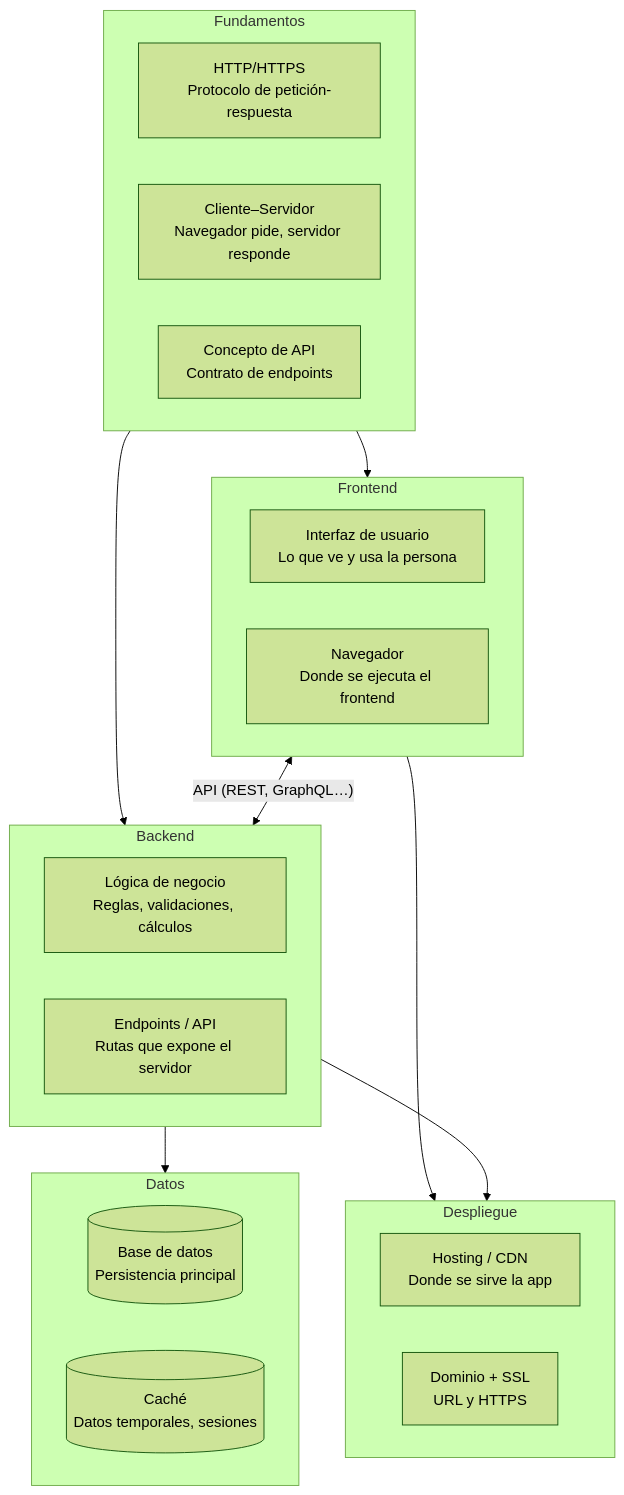
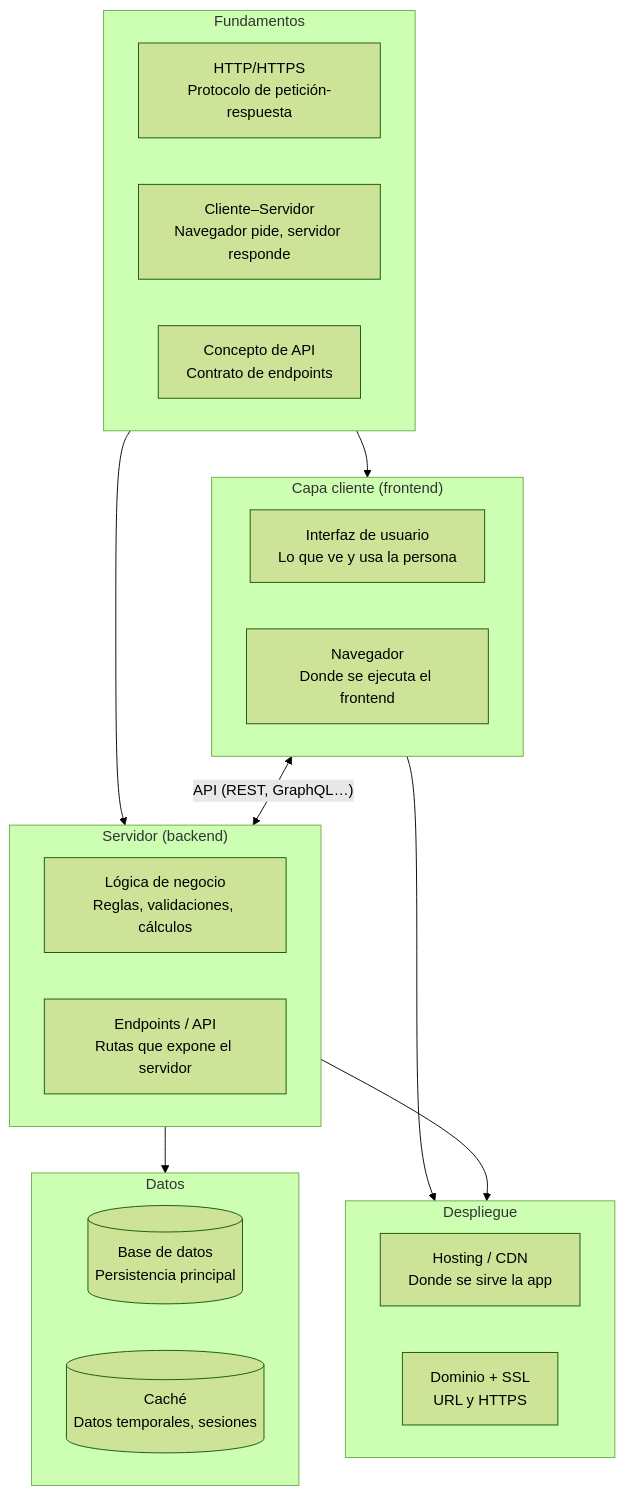
The first of 6 diagrams in docs/desarrollo-web/crear-aplicacion-web-diagramas.md (alexmenz28/Notas-Docusaurus), drawn with Mermaid (forest theme) before and after one commit. The commit also changed other lines of this file and 62 other files, not shown here.

````diff
--- a/docs/desarrollo-web/crear-aplicacion-web-diagramas.md
+++ b/docs/desarrollo-web/crear-aplicacion-web-diagramas.md
@@ -35,35 +35,35 @@
 ```mermaid
 flowchart TB
   subgraph FUNDAMENTOS[" Fundamentos "]
     HTTP["HTTP/HTTPS<br/>Protocolo de petición-respuesta"]
     ClienteServidor["Cliente–Servidor<br/>Navegador pide, servidor responde"]
     API_Concepto["Concepto de API<br/>Contrato de endpoints"]
   end
 
-  subgraph FRONTEND[" Frontend "]
+  subgraph FRONTEND[" Capa cliente (frontend) "]
     UI["Interfaz de usuario<br/>Lo que ve y usa la persona"]
     Navegador["Navegador<br/>Donde se ejecuta el frontend"]
   end
 
-  subgraph BACKEND[" Backend "]
+  subgraph BACKEND[" Servidor (backend) "]
     Logica["Lógica de negocio<br/>Reglas, validaciones, cálculos"]
     Endpoints["Endpoints / API<br/>Rutas que expone el servidor"]
   end
 
   subgraph DATOS[" Datos "]
     BD[("Base de datos<br/>Persistencia principal")]
     Cache[("Caché<br/>Datos temporales, sesiones")]
   end
 
   subgraph DESPLIEGUE[" Despliegue "]
     Hosting["Hosting / CDN<br/>Donde se sirve la app"]
     SSL["Dominio + SSL<br/>URL y HTTPS"]
   end
 
   FUNDAMENTOS --> FRONTEND
   FUNDAMENTOS --> BACKEND
   FRONTEND <-->|"API (REST, GraphQL…)"| BACKEND
   BACKEND --> DATOS
   FRONTEND --> DESPLIEGUE
   BACKEND --> DESPLIEGUE
 ```
````
